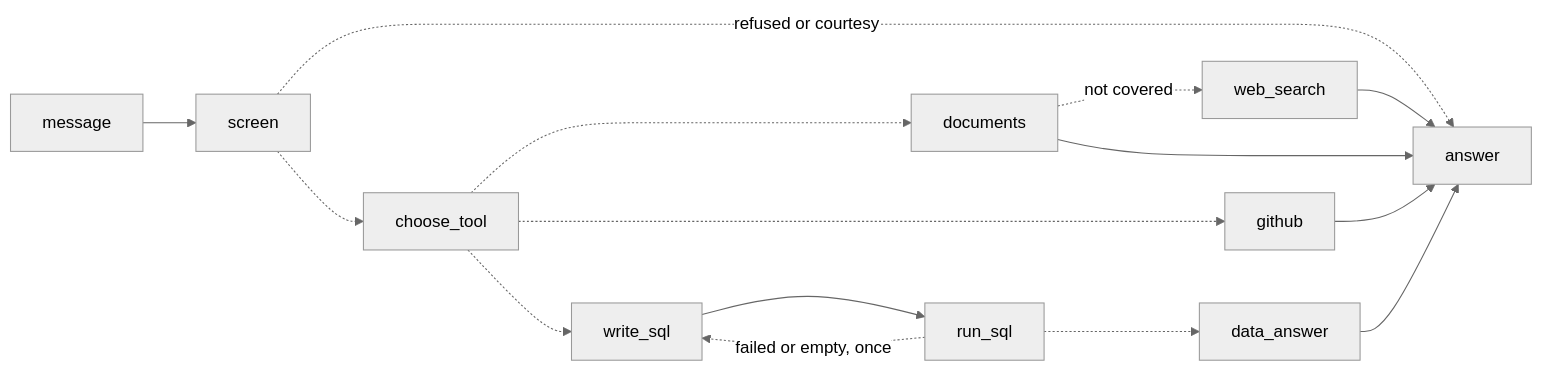
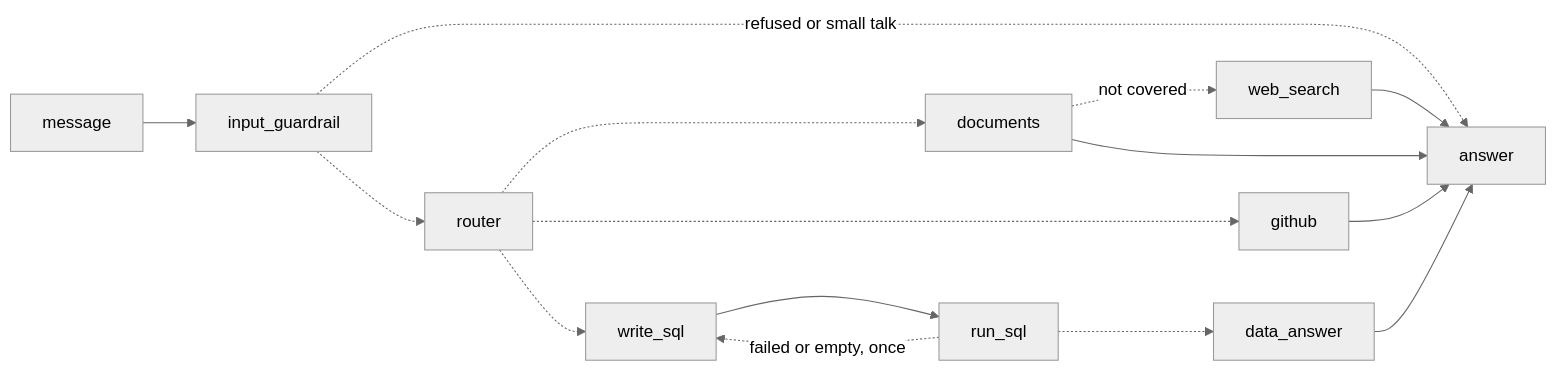
One commit to jcsmei/Claude_Demo changed the diagram in README.md. Above: the diagram before and after it, drawn with Mermaid (neutral theme). The commit also changed other lines of this file and 22 other files, not shown here.

````diff
--- a/README.md
+++ b/README.md
@@ -57,17 +57,17 @@
 ```mermaid
 flowchart LR
-    message --> screen
-    screen -.->|refused or courtesy| answer
-    screen -.-> choose_tool
-    choose_tool -.-> documents
+    message --> input_guardrail
+    input_guardrail -.->|refused or small talk| answer
+    input_guardrail -.-> router
+    router -.-> documents
     documents -.->|not covered| web_search
     web_search --> answer
-    choose_tool -.-> github
-    choose_tool -.-> write_sql
+    router -.-> github
+    router -.-> write_sql
     write_sql --> run_sql
     run_sql -.->|failed or empty, once| write_sql
     run_sql -.-> data_answer
     documents --> answer
     github --> answer
     data_answer --> answer
 ```
````
